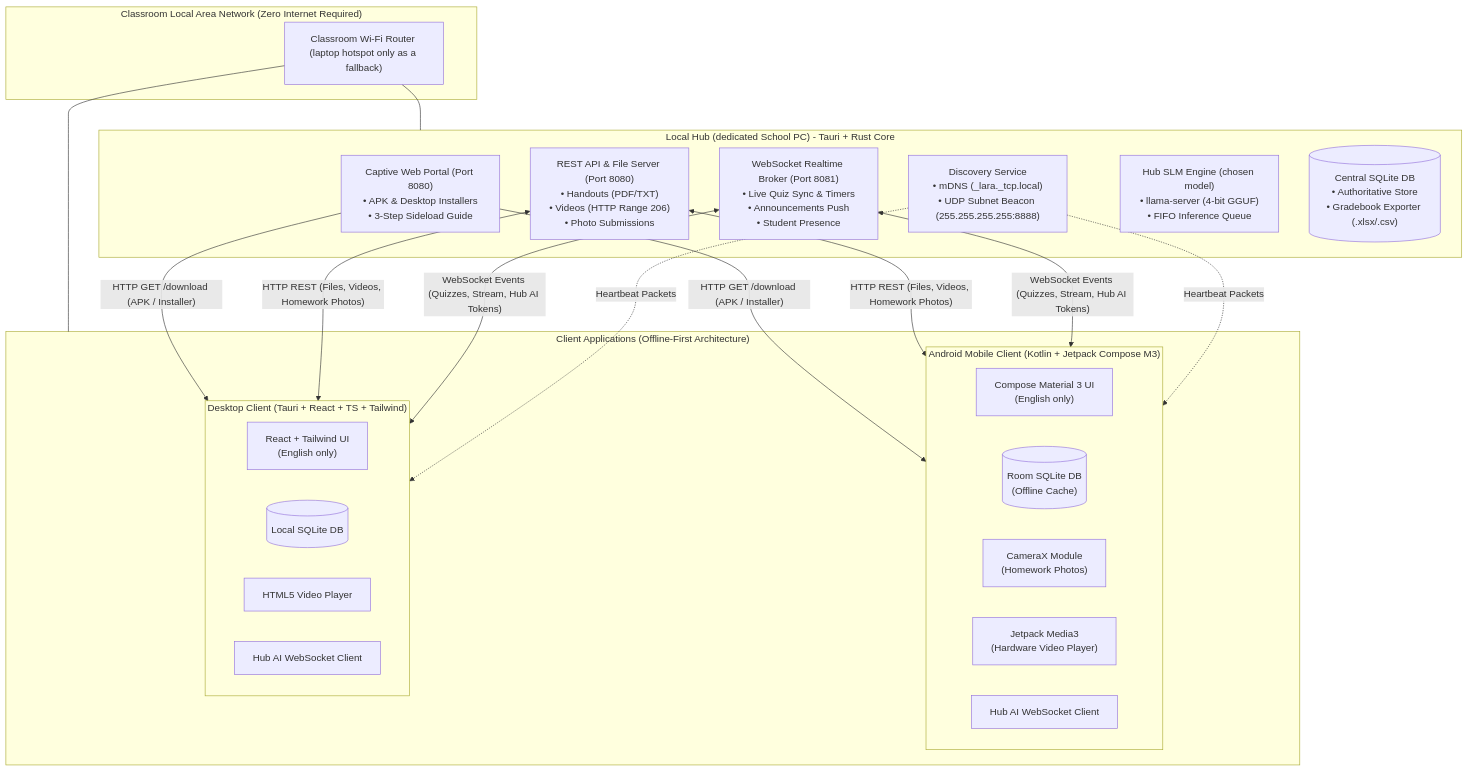
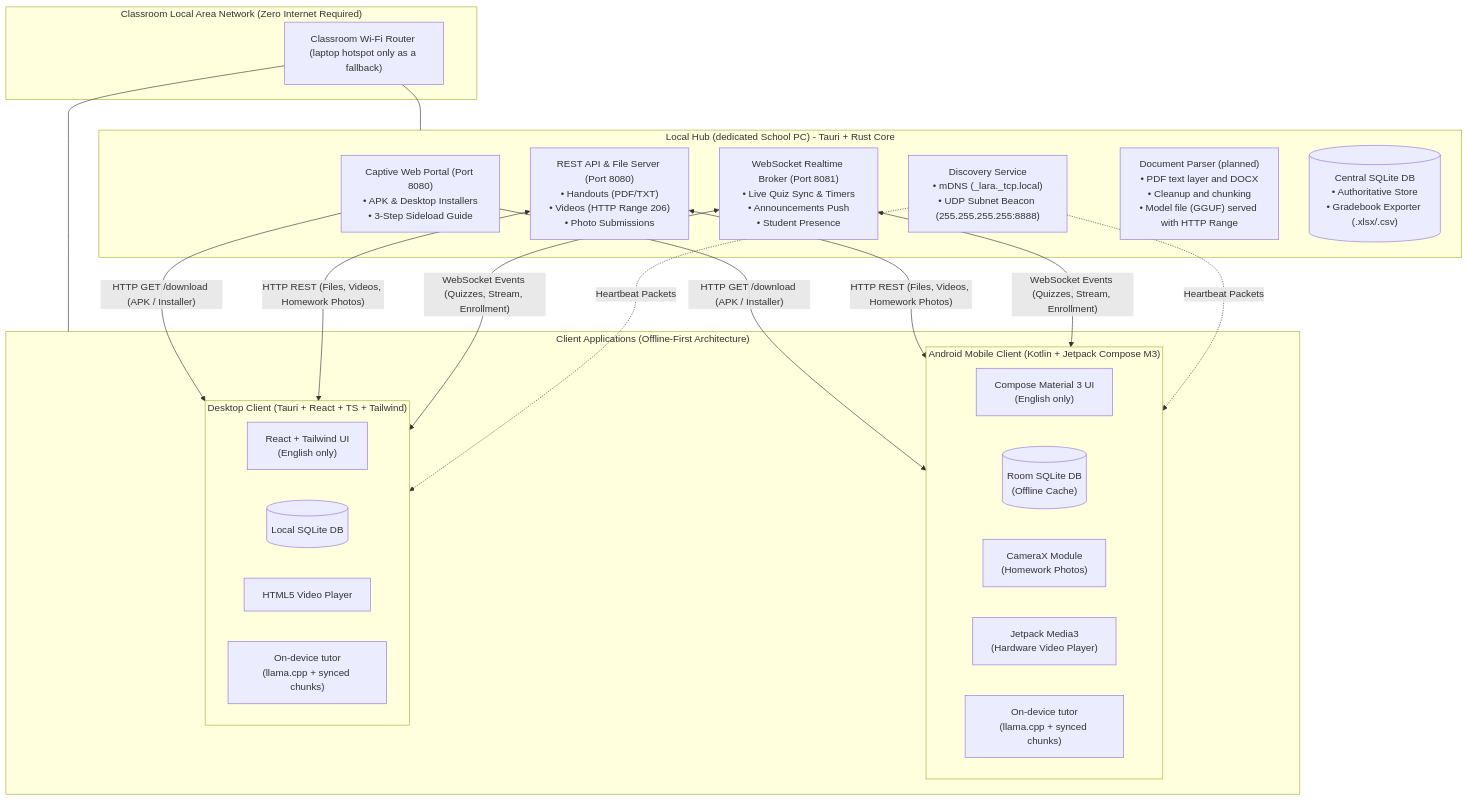
The first of 5 diagrams in docs/PRD.md (BootlegYouki/L.A.R.A), drawn with Mermaid before and after one commit. The commit also changed other lines of this file and 30 other files, not shown here.

First line of the commit message:
contract: no AI on the Hub, the tutor runs on the device

````diff
--- a/docs/PRD.md
+++ b/docs/PRD.md
@@ -52,40 +52,40 @@
 ```mermaid
 flowchart TD
  subgraph RouterArea["Classroom Local Area Network (Zero Internet Required)"]
  Router["Classroom Wi-Fi Router (laptop hotspot only as a fallback)"]
  end
 
  subgraph HubServer["Local Hub (dedicated School PC) - Tauri + Rust Core"]
  Captive["Captive Web Portal (Port 8080)<br/>• APK & Desktop Installers<br/>• 3-Step Sideload Guide"]
  RestEngine["REST API & File Server (Port 8080)<br/>• Handouts (PDF/TXT)<br/>• Videos (HTTP Range 206)<br/>• Photo Submissions"]
  WsBroker["WebSocket Realtime Broker (Port 8081)<br/>• Live Quiz Sync & Timers<br/>• Announcements Push<br/>• Student Presence"]
  Discovery["Discovery Service<br/>• mDNS (_lara._tcp.local)<br/>• UDP Subnet Beacon (255.255.255.255:8888)"]
- HubAI["Hub SLM Engine (chosen model)<br/>• llama-server (4-bit GGUF)<br/>• FIFO Inference Queue"]
+ DocParser["Document Parser (planned)<br/>• PDF text layer and DOCX<br/>• Cleanup and chunking<br/>• Model file (GGUF) served with HTTP Range"]
  CentralDB[("Central SQLite DB<br/>• Authoritative Store<br/>• Gradebook Exporter (.xlsx/.csv)")]
  end
 
  subgraph ClientApps["Client Applications (Offline-First Architecture)"]
  subgraph AndroidClient["Android Mobile Client (Kotlin + Jetpack Compose M3)"]
  DroidUI["Compose Material 3 UI<br/>(English only)"]
  DroidRoom[("Room SQLite DB<br/>(Offline Cache)")]
  DroidCam["CameraX Module<br/>(Homework Photos)"]
  DroidMedia["Jetpack Media3<br/>(Hardware Video Player)"]
- DroidAI["Hub AI WebSocket Client"]
+ DroidAI["On-device tutor<br/>(llama.cpp + synced chunks)"]
  end
 
  subgraph DesktopClient["Desktop Client (Tauri + React + TS + Tailwind)"]
  DeskUI["React + Tailwind UI<br/>(English only)"]
  DeskSQLite[("Local SQLite DB")]
  DeskVideo["HTML5 Video Player"]
- DeskAI["Hub AI WebSocket Client"]
+ DeskAI["On-device tutor<br/>(llama.cpp + synced chunks)"]
  end
  end
 
  Router --- HubServer
  Router --- ClientApps
 
  Captive -->|"HTTP GET /download (APK / Installer)"| AndroidClient & DesktopClient
  RestEngine <-->|"HTTP REST (Files, Videos, Homework Photos)"| AndroidClient & DesktopClient
- WsBroker <-->|"WebSocket Events (Quizzes, Stream, Hub AI Tokens)"| AndroidClient & DesktopClient
+ WsBroker <-->|"WebSocket Events (Quizzes, Stream, Enrollment)"| AndroidClient & DesktopClient
  Discovery -.->|"Heartbeat Packets"| AndroidClient & DesktopClient
 ```
````
